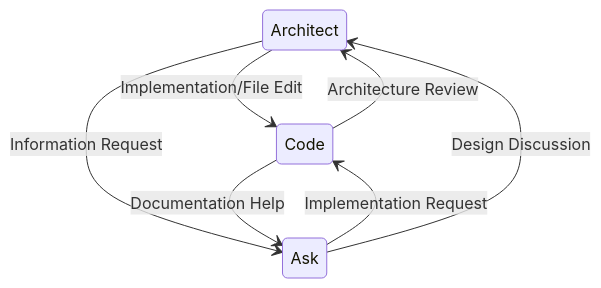
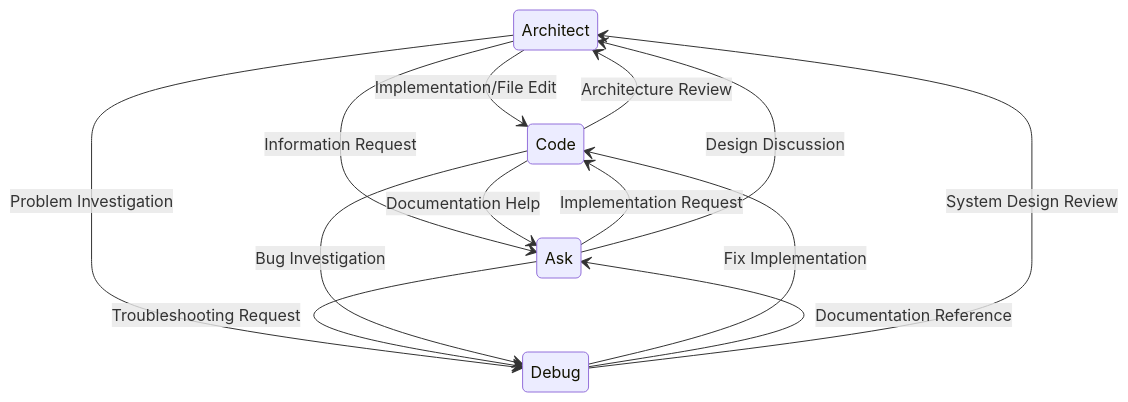
The second of 2 diagrams in developer-primer.md (shaunie2fly/roo-code-memory-bank), drawn with Mermaid before and after one commit. The commit also changed other lines of this file, not shown here.

````diff
--- a/developer-primer.md
+++ b/developer-primer.md
@@ -106,9 +116,15 @@
 ```mermaid
 stateDiagram-v2
     Architect --> Code : Implementation/File Edit
     Architect --> Ask : Information Request
+    Architect --> Debug : Problem Investigation
     Ask --> Code : Implementation Request
     Ask --> Architect : Design Discussion
+    Ask --> Debug : Troubleshooting Request
     Code --> Architect : Architecture Review
     Code --> Ask : Documentation Help
+    Code --> Debug : Bug Investigation
+    Debug --> Code : Fix Implementation
+    Debug --> Ask : Documentation Reference
+    Debug --> Architect : System Design Review
 ```
````
